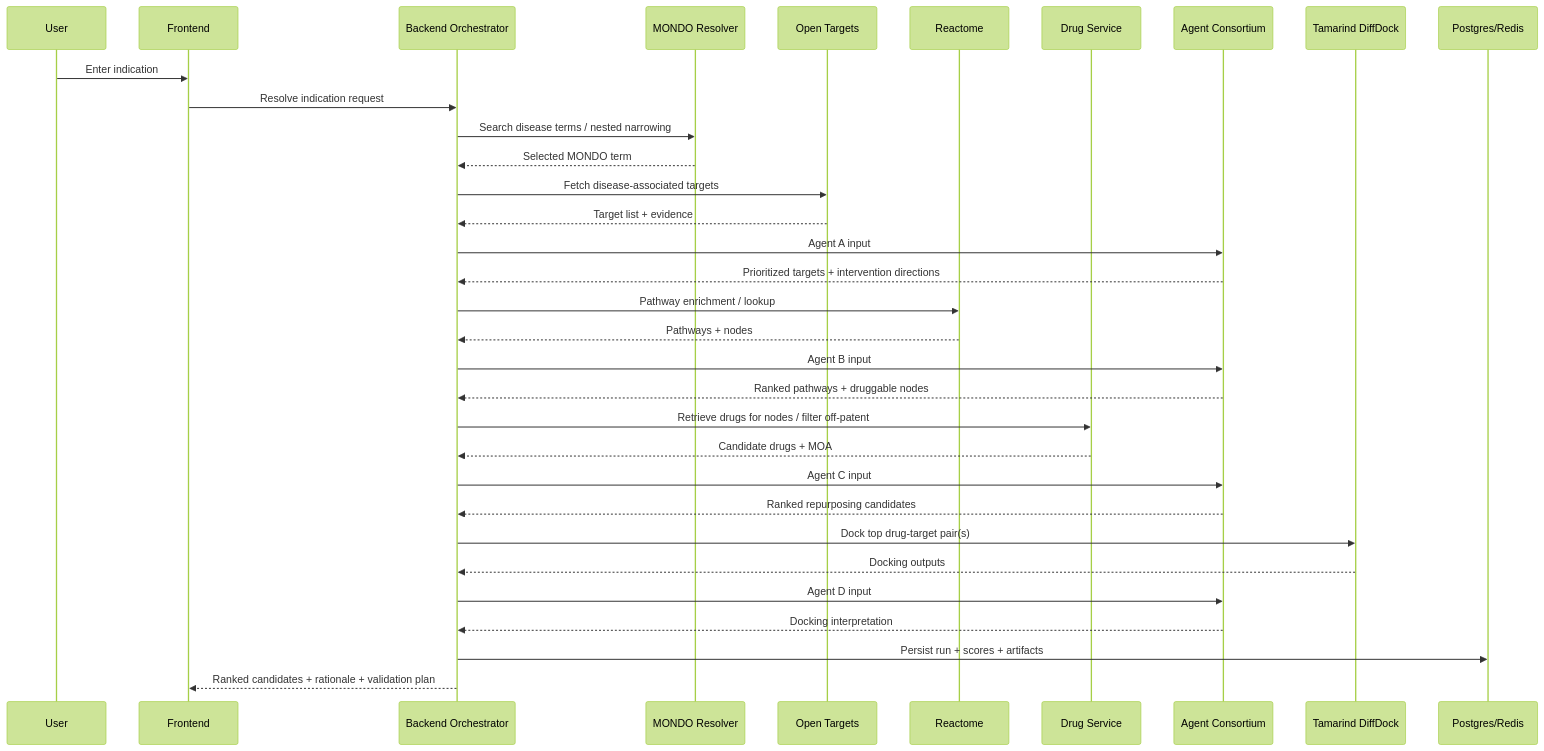
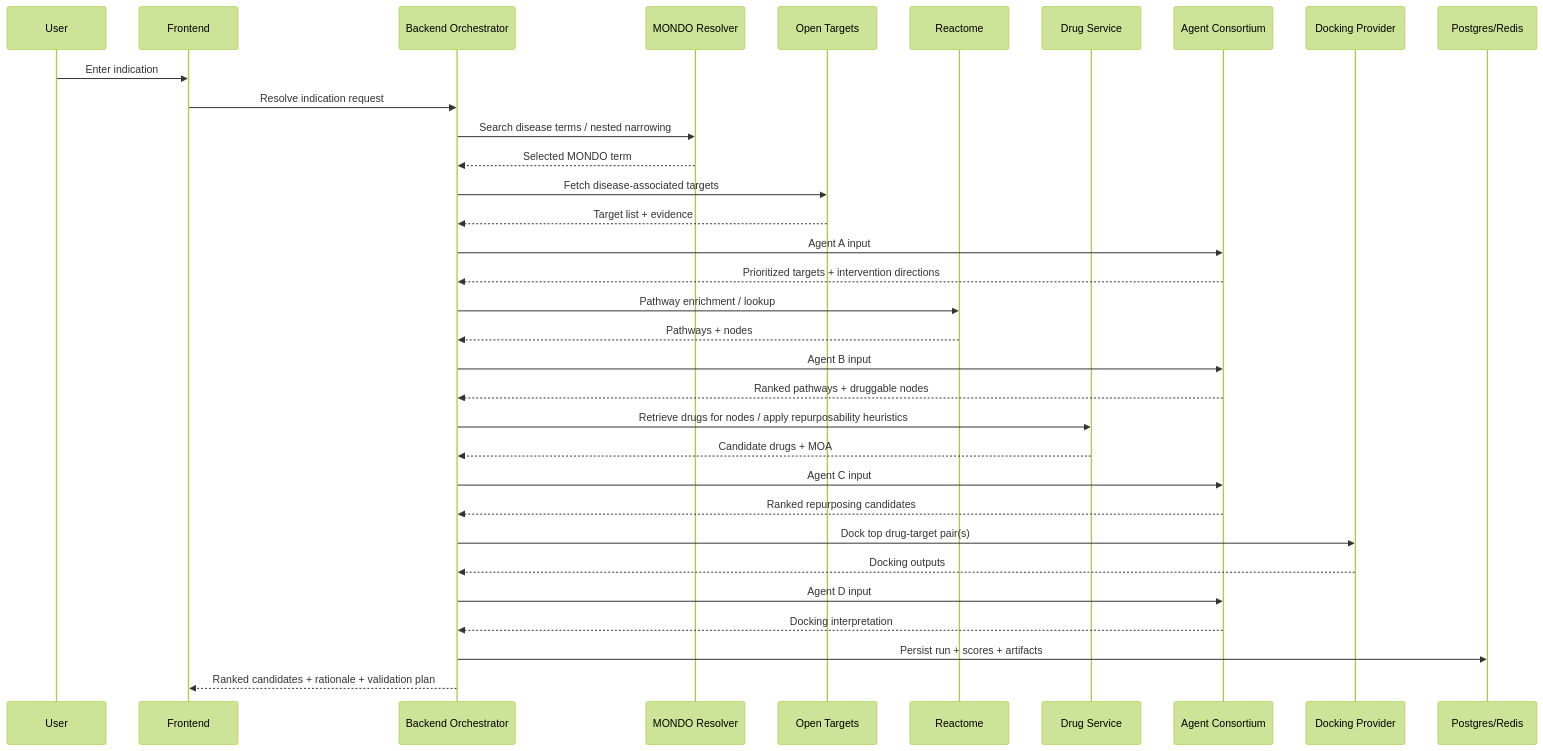
Before and after one commit to cornucopiabio/Second_Shot: the second of 2 diagrams in Plan.md, drawn with Mermaid (forest theme). The commit also changed other lines of this file, not shown here.

````diff
--- a/Plan.md
+++ b/Plan.md
@@ -295,36 +308,36 @@
 ```mermaid
 sequenceDiagram
     participant U as User
     participant FE as Frontend
     participant BE as Backend Orchestrator
     participant MONDO as MONDO Resolver
     participant OT as Open Targets
     participant RE as Reactome
     participant DRUG as Drug Service
     participant AG as Agent Consortium
-    participant DOCK as Tamarind DiffDock
+    participant DOCK as Docking Provider
     participant DB as Postgres/Redis
 
     U->>FE: Enter indication
     FE->>BE: Resolve indication request
     BE->>MONDO: Search disease terms / nested narrowing
     MONDO-->>BE: Selected MONDO term
     BE->>OT: Fetch disease-associated targets
     OT-->>BE: Target list + evidence
     BE->>AG: Agent A input
     AG-->>BE: Prioritized targets + intervention directions
     BE->>RE: Pathway enrichment / lookup
     RE-->>BE: Pathways + nodes
     BE->>AG: Agent B input
     AG-->>BE: Ranked pathways + druggable nodes
-    BE->>DRUG: Retrieve drugs for nodes / filter off-patent
+    BE->>DRUG: Retrieve drugs for nodes / apply repurposability heuristics
     DRUG-->>BE: Candidate drugs + MOA
     BE->>AG: Agent C input
     AG-->>BE: Ranked repurposing candidates
     BE->>DOCK: Dock top drug-target pair(s)
     DOCK-->>BE: Docking outputs
     BE->>AG: Agent D input
     AG-->>BE: Docking interpretation
     BE->>DB: Persist run + scores + artifacts
     BE-->>FE: Ranked candidates + rationale + validation plan
 ```
````
